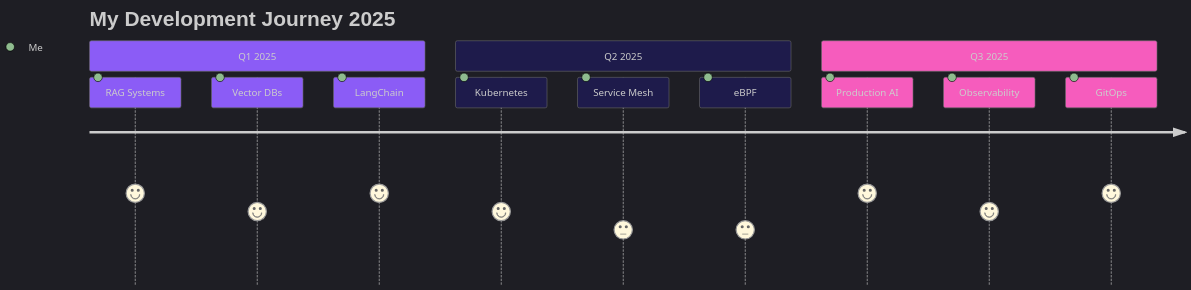
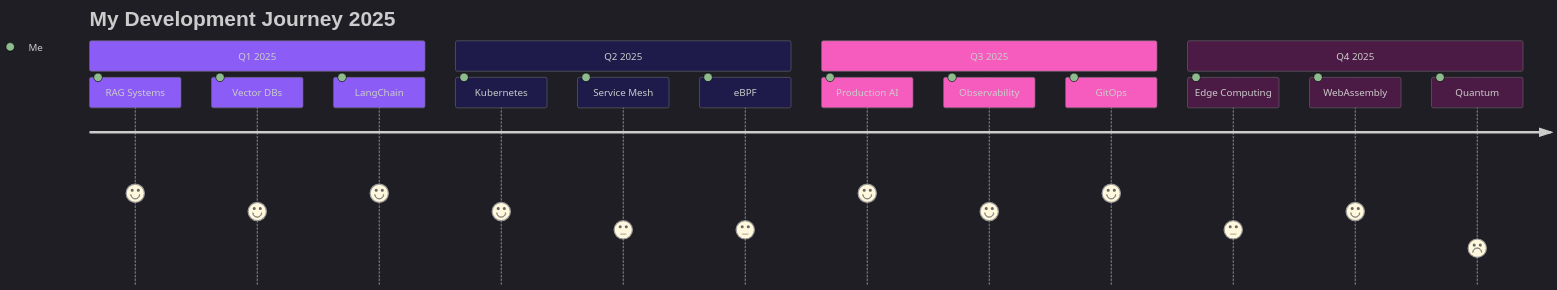
One commit to iMAGRAY/iMAGRAY changed the diagram in README.md. Above: the diagram before and after it, drawn with Mermaid. The commit also changed other lines of this file, not shown here.

````diff
--- a/README.md
+++ b/README.md
@@ -325,17 +449,21 @@
 ```mermaid
 %%{init: {'theme':'dark', 'themeVariables': { 'primaryColor':'#8b5cf6', 'primaryTextColor':'#fff', 'primaryBorderColor':'#7c3aed', 'lineColor':'#a78bfa', 'secondaryColor':'#1e1b4b', 'tertiaryColor':'#c4b5fd'}}}%%
 journey
     title My Development Journey 2025
     section Q1 2025
       RAG Systems: 5: Me
       Vector DBs: 4: Me
       LangChain: 5: Me
     section Q2 2025
       Kubernetes: 4: Me
       Service Mesh: 3: Me
       eBPF: 3: Me
     section Q3 2025
       Production AI: 5: Me
       Observability: 4: Me
       GitOps: 5: Me
+    section Q4 2025
+      Edge Computing: 3: Me
+      WebAssembly: 4: Me
+      Quantum: 2: Me
 ```
````
